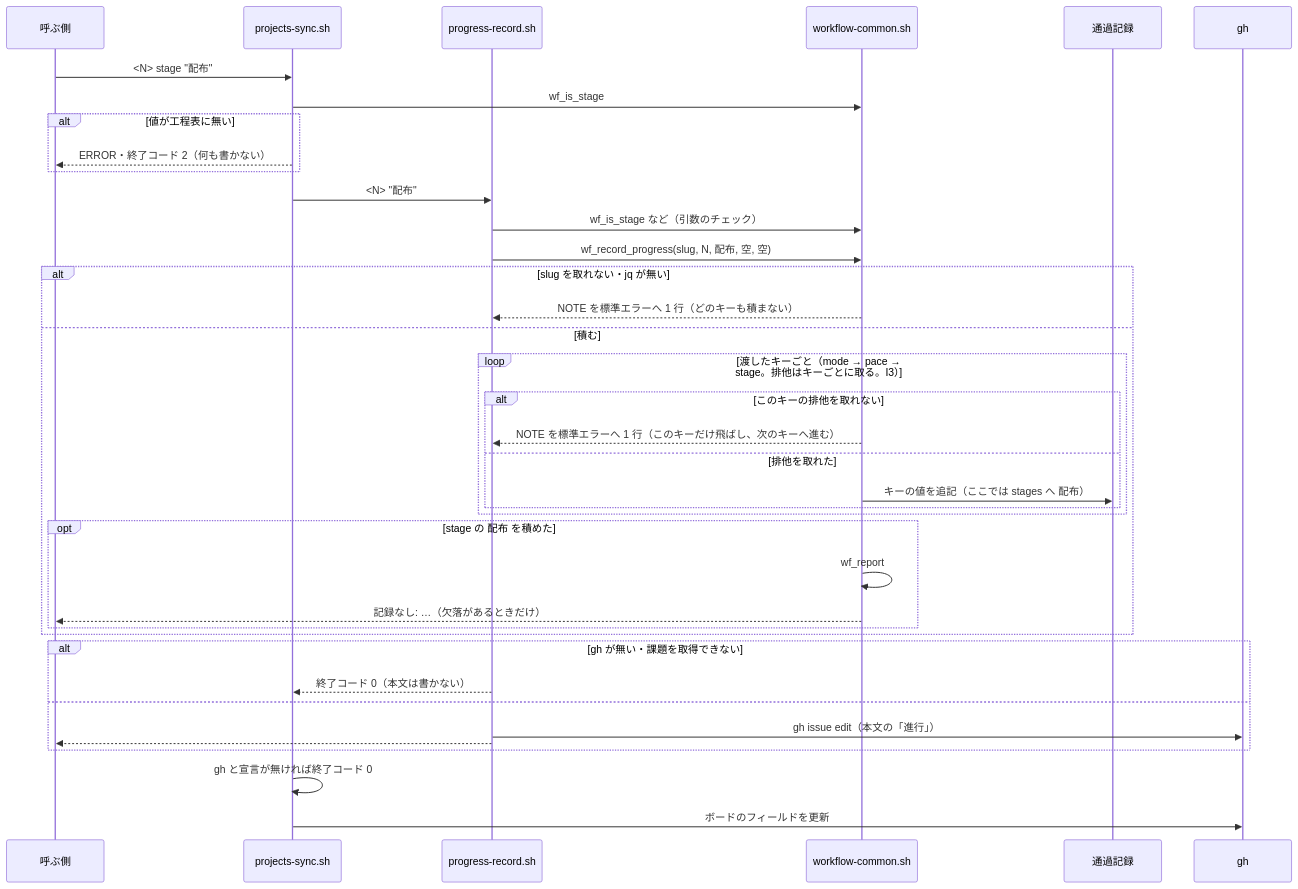
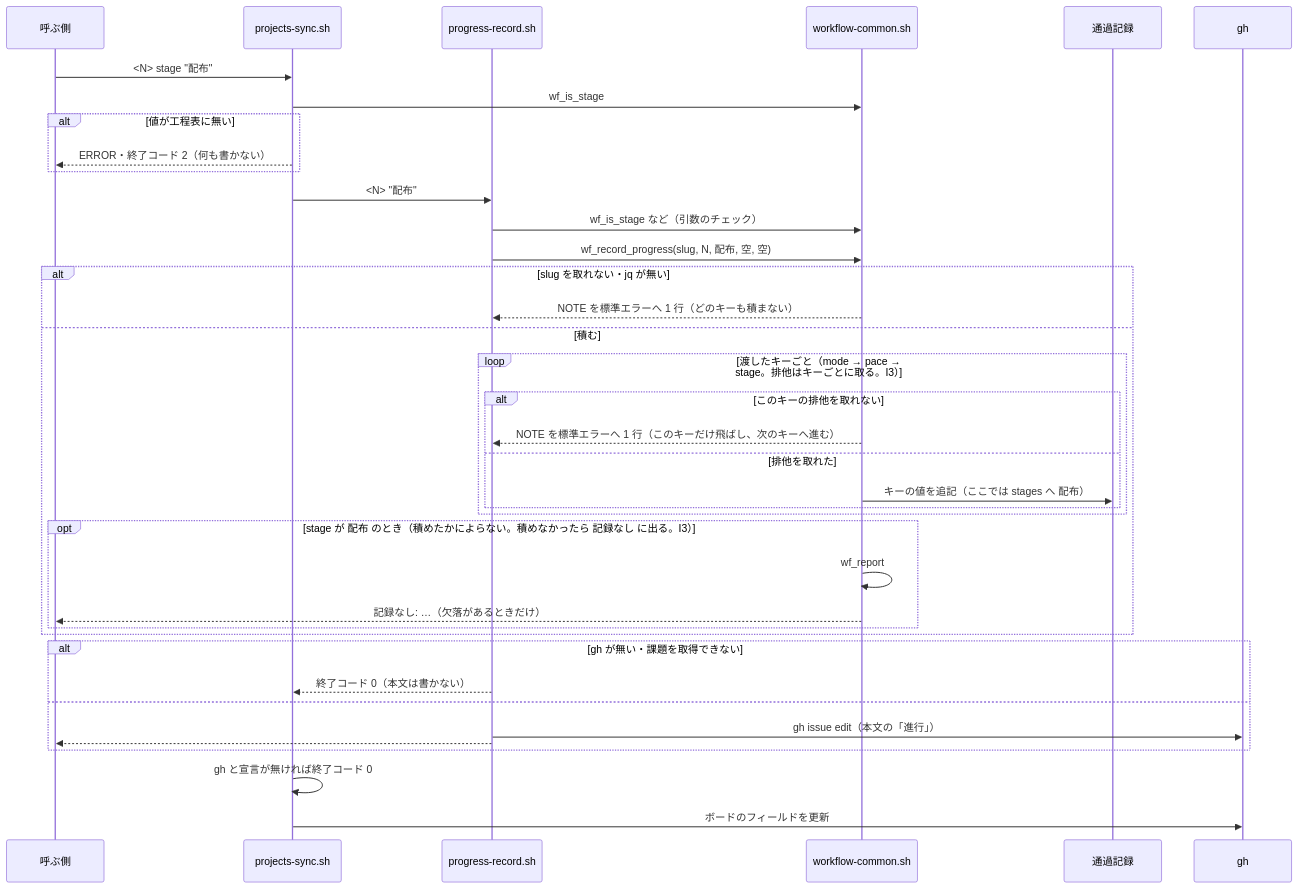
One commit to devbasex/ai-plugins changed the fourth of 5 diagrams in issues/issue-725-design.md. Above: the diagram before and after it, drawn with Mermaid.

Commit message:
fix(design): #725 シーケンス図の wf_report の条件を積めたかによらない形へ

````diff
--- a/issues/issue-725-design.md
+++ b/issues/issue-725-design.md
@@ -294,40 +294,40 @@
 ```mermaid
 sequenceDiagram
     participant C as 呼ぶ側
     participant PS as projects-sync.sh
     participant PR as progress-record.sh
     participant WC as workflow-common.sh
     participant ST as 通過記録
     participant GH as gh
     C->>PS: <N> stage "配布"
     PS->>WC: wf_is_stage
     alt 値が工程表に無い
         PS-->>C: ERROR・終了コード 2（何も書かない）
     end
     PS->>PR: <N> "配布"
     PR->>WC: wf_is_stage など（引数のチェック）
     PR->>WC: wf_record_progress(slug, N, 配布, 空, 空)
     alt slug を取れない・jq が無い
         WC-->>PR: NOTE を標準エラーへ 1 行（どのキーも積まない）
     else 積む
         loop 渡したキーごと（mode → pace → stage。排他はキーごとに取る。I3）
             alt このキーの排他を取れない
                 WC-->>PR: NOTE を標準エラーへ 1 行（このキーだけ飛ばし、次のキーへ進む）
             else 排他を取れた
                 WC->>ST: キーの値を追記（ここでは stages へ 配布）
             end
         end
-        opt stage の 配布 を積めた
+        opt stage が 配布 のとき（積めたかによらない。積めなかったら 記録なし に出る。I3）
             WC->>WC: wf_report
             WC-->>C: 記録なし: …（欠落があるときだけ）
         end
     end
     alt gh が無い・課題を取得できない
         PR-->>PS: 終了コード 0（本文は書かない）
     else
         PR->>GH: gh issue edit（本文の「進行」）
         PR-->>C: #N 進行 = 配布
     end
     PS->>PS: gh と宣言が無ければ終了コード 0
     PS->>GH: ボードのフィールドを更新
 ```
````
